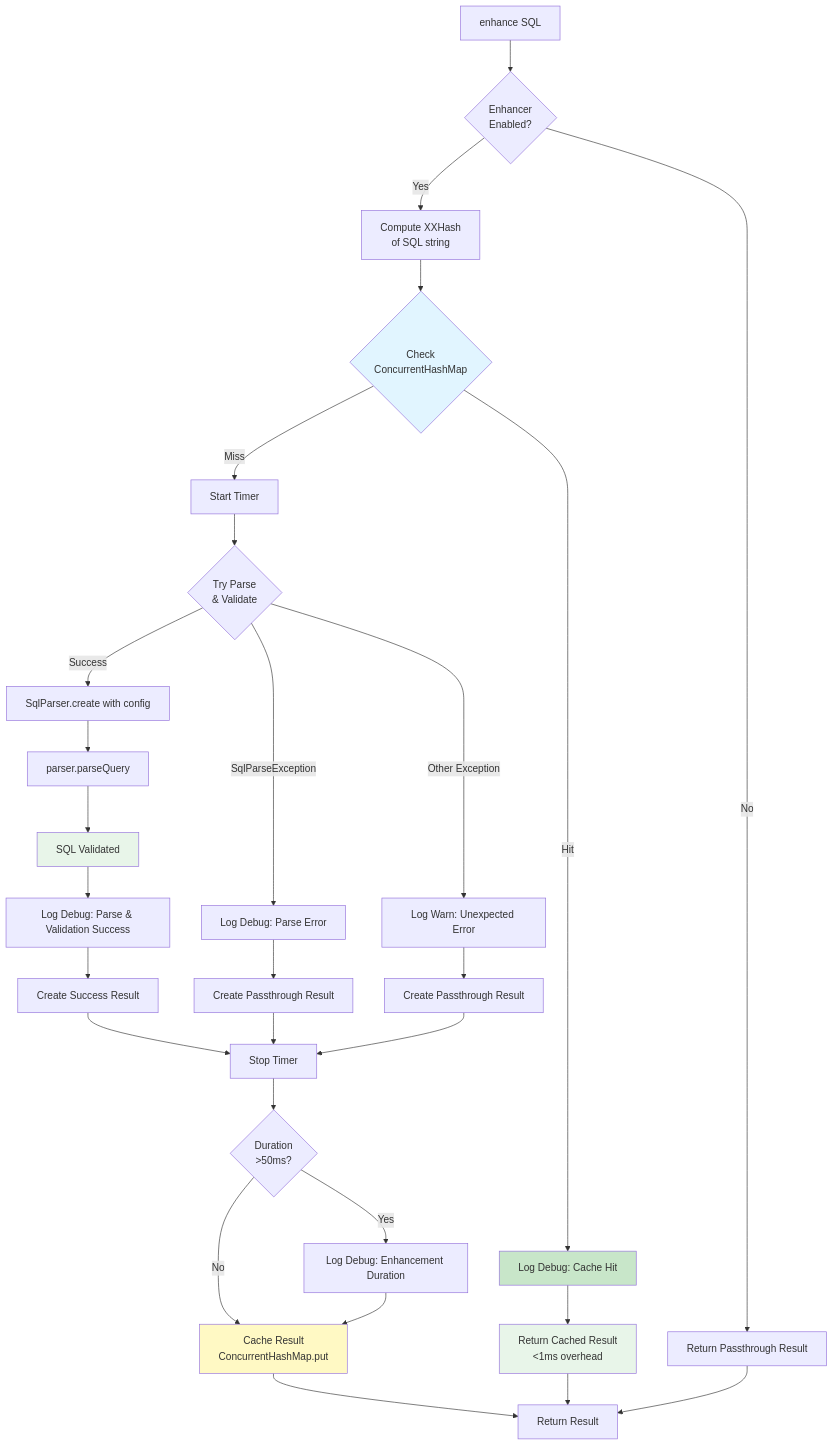
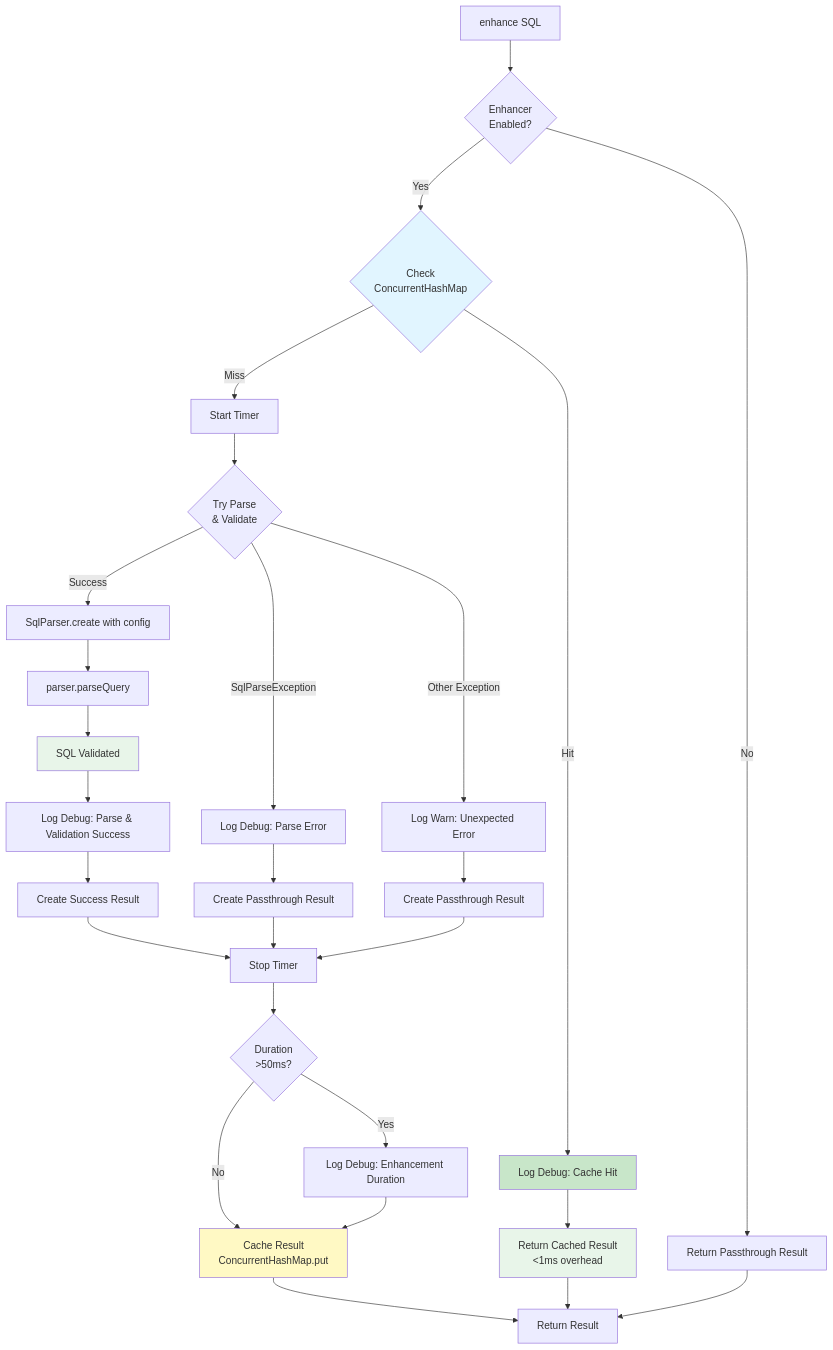
The third of 9 diagrams in documents/analysis/SQL_ENHANCER_ENGINE_ANALYSIS.md (jenspapenhagen/ojp), drawn with Mermaid before and after one commit. The commit also changed other lines of this file and 2 other files, not shown here.

Commit message:
Remove XXHash from SQL Enhancer Engine and use original SQL as cache keys

````diff
--- a/documents/analysis/SQL_ENHANCER_ENGINE_ANALYSIS.md
+++ b/documents/analysis/SQL_ENHANCER_ENGINE_ANALYSIS.md
@@ -321,46 +321,45 @@
 ```mermaid
 flowchart TD
     Start[enhance SQL] --> CheckDisabled{Enhancer<br/>Enabled?}
     CheckDisabled -->|No| Passthrough[Return Passthrough Result]
     
-    CheckDisabled -->|Yes| HashSQL[Compute XXHash<br/>of SQL string]
-    HashSQL --> CheckCache{Check<br/>ConcurrentHashMap}
+    CheckDisabled -->|Yes| CheckCache{Check<br/>ConcurrentHashMap}
     CheckCache -->|Hit| LogCacheHit[Log Debug: Cache Hit]
     LogCacheHit --> ReturnCached[Return Cached Result<br/>&lt;1ms overhead]
     
     CheckCache -->|Miss| StartTimer[Start Timer]
     StartTimer --> TryParse{Try Parse<br/>& Validate}
     
     TryParse -->|Success| ParseSQL[SqlParser.create with config]
     ParseSQL --> ParseQuery[parser.parseQuery]
     ParseQuery --> ValidSQL[SQL Validated]
     ValidSQL --> LogSuccess[Log Debug: Parse & Validation Success]
     LogSuccess --> CreateSuccess[Create Success Result]
     
     TryParse -->|SqlParseException| LogParseError[Log Debug: Parse Error]
     LogParseError --> CreatePassthrough1[Create Passthrough Result]
     
     TryParse -->|Other Exception| LogUnexpected[Log Warn: Unexpected Error]
     LogUnexpected --> CreatePassthrough2[Create Passthrough Result]
     
     CreateSuccess --> StopTimer[Stop Timer]
     CreatePassthrough1 --> StopTimer
     CreatePassthrough2 --> StopTimer
     
     StopTimer --> CheckPerf{Duration<br/>>50ms?}
     CheckPerf -->|Yes| LogPerf[Log Debug: Enhancement Duration]
     CheckPerf -->|No| CacheResult[Cache Result<br/>ConcurrentHashMap.put]
 
     
     LogPerf --> CacheResult
     CacheResult --> Return[Return Result]
     
     ReturnCached --> Return
     Passthrough --> Return
     
     style CheckCache fill:#e1f5ff
     style LogCacheHit fill:#c8e6c9
     style ReturnCached fill:#e8f5e9
     style CacheResult fill:#fff9c4
     style ValidSQL fill:#e8f5e9
 ```
````
